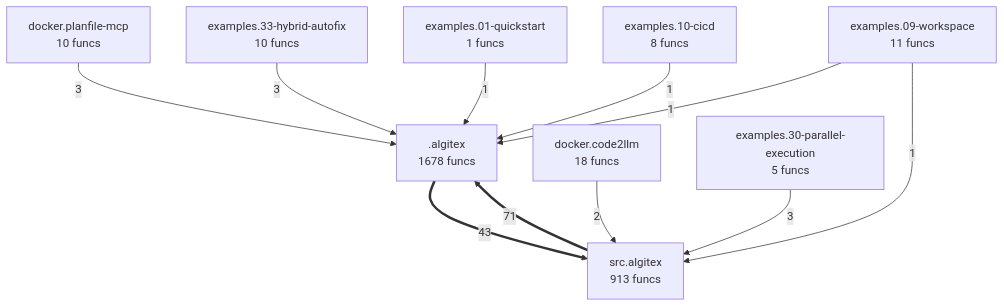
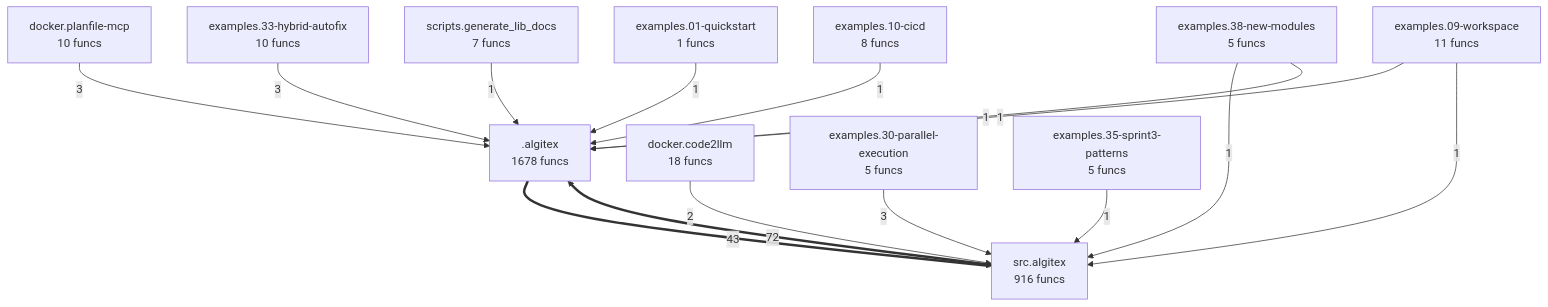
Before and after one commit to semcod/algitex: the diagram in project/compact_flow.mmd, drawn with Mermaid. The commit also changed 133 other files, not shown here.

```diff
--- a/project/compact_flow.mmd
+++ b/project/compact_flow.mmd
@@ -1,20 +1,27 @@
 flowchart TD
     M___algitex[".algitex<br/>1678 funcs"]
     docker__code2llm["docker.code2llm<br/>18 funcs"]
     docker__planfile_mcp["docker.planfile-mcp<br/>10 funcs"]
     examples__01_quickstart["examples.01-quickstart<br/>1 funcs"]
     examples__09_workspace["examples.09-workspace<br/>11 funcs"]
     examples__10_cicd["examples.10-cicd<br/>8 funcs"]
     examples__30_parallel_execution["examples.30-parallel-execution<br/>5 funcs"]
     examples__33_hybrid_autofix["examples.33-hybrid-autofix<br/>10 funcs"]
-    src__algitex["src.algitex<br/>913 funcs"]
-    src__algitex ==>|71| M___algitex
+    examples__35_sprint3_patterns["examples.35-sprint3-patterns<br/>5 funcs"]
+    examples__38_new_modules["examples.38-new-modules<br/>5 funcs"]
+    scripts__generate_lib_docs["scripts.generate_lib_docs<br/>7 funcs"]
+    src__algitex["src.algitex<br/>916 funcs"]
+    src__algitex ==>|72| M___algitex
     M___algitex ==>|43| src__algitex
     docker__planfile_mcp -->|3| M___algitex
     examples__30_parallel_execution -->|3| src__algitex
     examples__33_hybrid_autofix -->|3| M___algitex
     docker__code2llm -->|2| src__algitex
+    scripts__generate_lib_docs -->|1| M___algitex
     examples__01_quickstart -->|1| M___algitex
     examples__10_cicd -->|1| M___algitex
+    examples__38_new_modules -->|1| src__algitex
+    examples__38_new_modules -->|1| M___algitex
+    examples__35_sprint3_patterns -->|1| src__algitex
     examples__09_workspace -->|1| M___algitex
     examples__09_workspace -->|1| src__algitex
```
